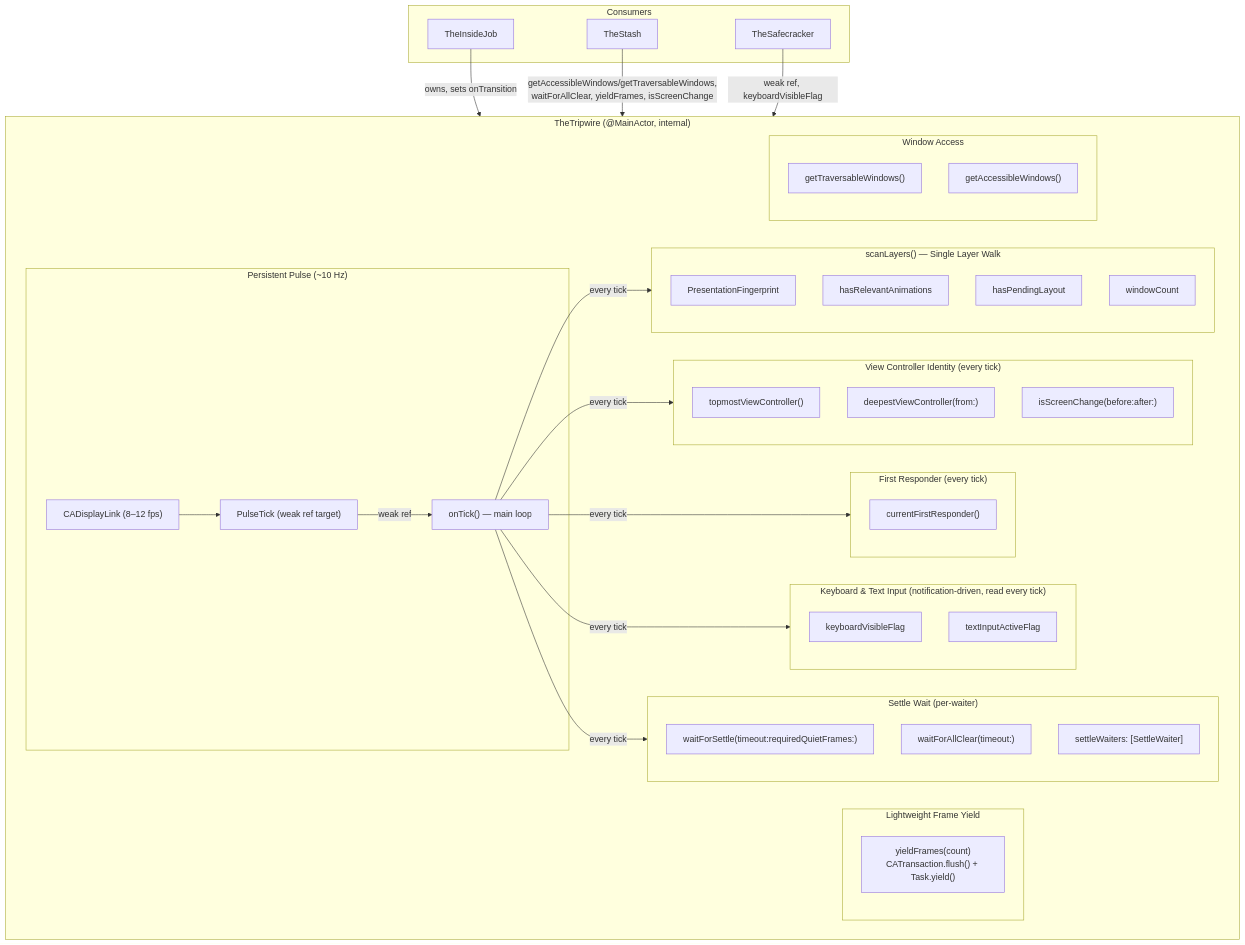
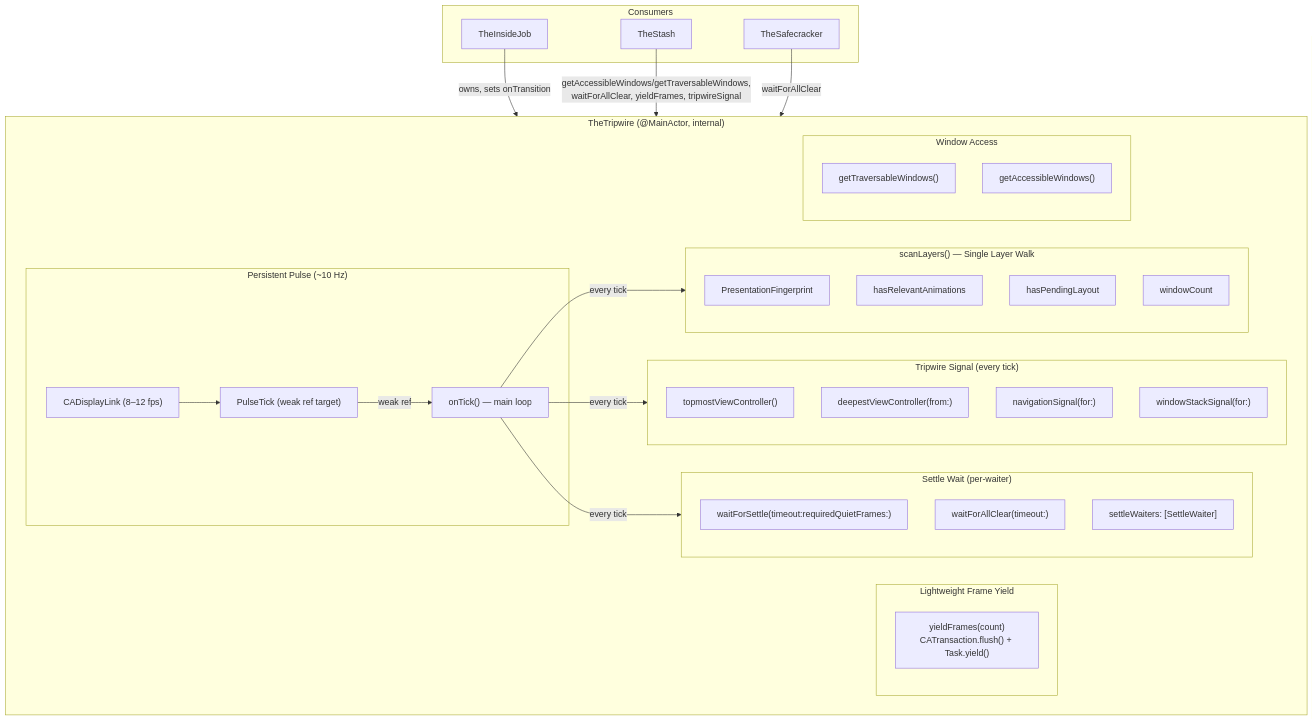
One commit to RoyalPineapple/TheButtonHeist changed the first of 6 diagrams in docs/dossiers/15-THETRIPWIRE.md. Above: the diagram before and after it, drawn with Mermaid. The commit also changed other lines of this file and 24 other files, not shown here.

Commit message:
Refine tripwire screen classification

````diff
--- a/docs/dossiers/15-THETRIPWIRE.md
+++ b/docs/dossiers/15-THETRIPWIRE.md
@@ -42,65 +41,55 @@
 ```mermaid
 graph TD
     subgraph TheTripwire["TheTripwire (@MainActor, internal)"]
         subgraph Pulse["Persistent Pulse (~10 Hz)"]
             PulseTick["PulseTick (weak ref target)"]
             DisplayLink["CADisplayLink (8–12 fps)"]
             OnTick["onTick() — main loop"]
         end
 
         subgraph Scan["scanLayers() — Single Layer Walk"]
             FP["PresentationFingerprint"]
             Anim["hasRelevantAnimations"]
             Layout["hasPendingLayout"]
             WinCount["windowCount"]
         end
 
-        subgraph VCIdentity["View Controller Identity (every tick)"]
+        subgraph TripwireSignal["Tripwire Signal (every tick)"]
             TopVC["topmostViewController()"]
             DeepVC["deepestViewController(from:)"]
-            ScreenChange["isScreenChange(before:after:)"]
-        end
-
-        subgraph Focus["First Responder (every tick)"]
-            FirstResp["currentFirstResponder()"]
-        end
-
-        subgraph Keyboard["Keyboard & Text Input (notification-driven, read every tick)"]
-            KBFlag["keyboardVisibleFlag"]
-            TextFlag["textInputActiveFlag"]
+            NavSignal["navigationSignal(for:)"]
+            WindowSignal["windowStackSignal(for:)"]
         end
 
         subgraph Settle["Settle Wait (per-waiter)"]
             WaitSettle["waitForSettle(timeout:requiredQuietFrames:)"]
             WaitAllClear["waitForAllClear(timeout:)"]
             Waiters["settleWaiters: [SettleWaiter]"]
         end
 
         subgraph FrameYield["Lightweight Frame Yield"]
             YieldFrames["yieldFrames(count)<br/>CATransaction.flush() + Task.yield()"]
         end
 
         subgraph Windows["Window Access"]
             GetWindows["getTraversableWindows()"]
             GetAXWindows["getAccessibleWindows()"]
         end
     end
 
     DisplayLink --> PulseTick
     PulseTick -->|"weak ref"| OnTick
     OnTick -->|"every tick"| Scan
-    OnTick -->|"every tick"| VCIdentity
-    OnTick -->|"every tick"| Focus
-    OnTick -->|"every tick"| Keyboard
+    OnTick -->|"every tick"| TripwireSignal
     OnTick -->|"every tick"| Settle
 
     subgraph Consumers["Consumers"]
         IJ["TheInsideJob"]
         BM["TheStash"]
-        SC["TheSafecracker"]
+    SC["TheSafecracker"]
     end
 
     IJ -->|"owns, sets onTransition"| TheTripwire
-    BM -->|"getAccessibleWindows/getTraversableWindows,<br/>waitForAllClear, yieldFrames, isScreenChange"| TheTripwire
-    SC -->|"weak ref, keyboardVisibleFlag"| TheTripwire
+    BM -->|"getAccessibleWindows/getTraversableWindows,<br/>waitForAllClear, yieldFrames, tripwireSignal"| TheTripwire
+    SC -->|"waitForAllClear"| TheTripwire
 ```
````
